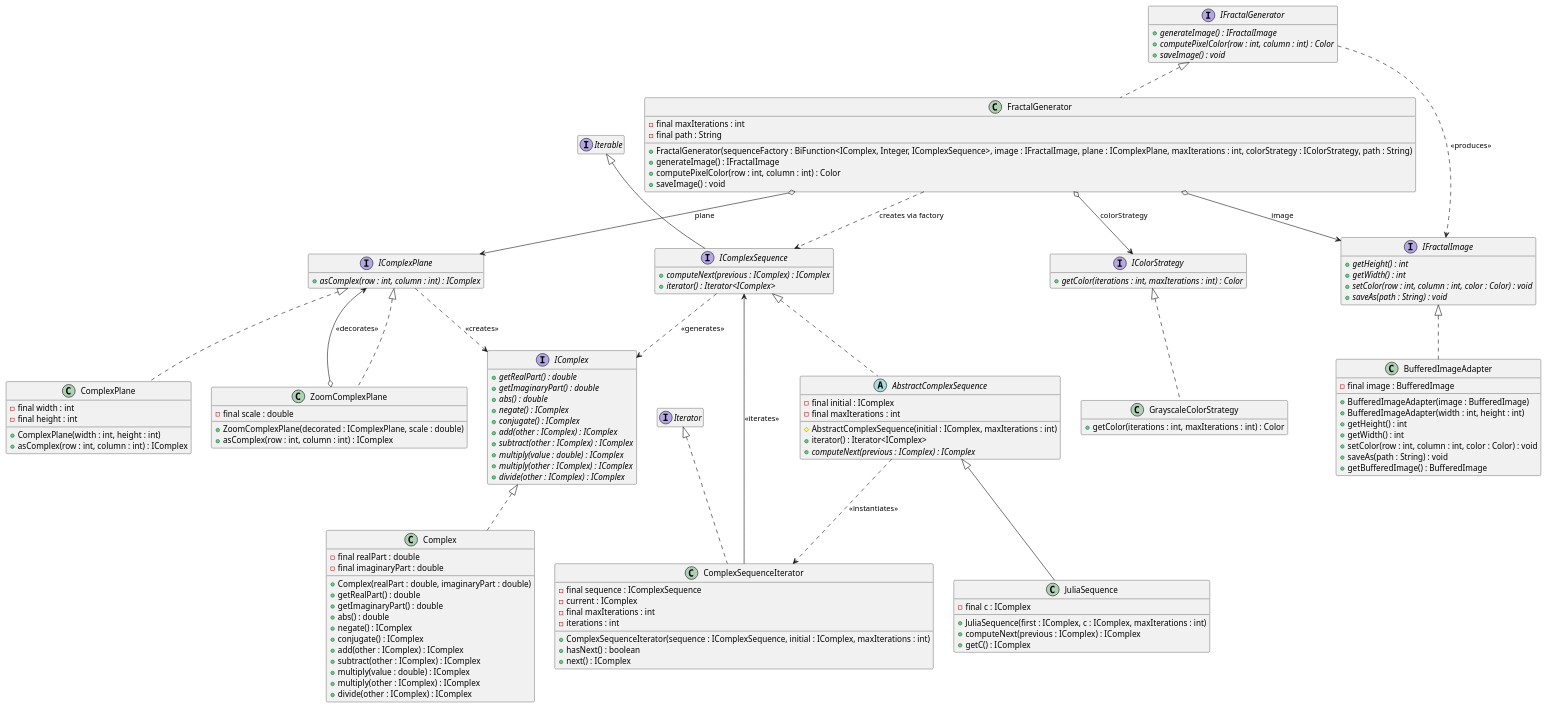
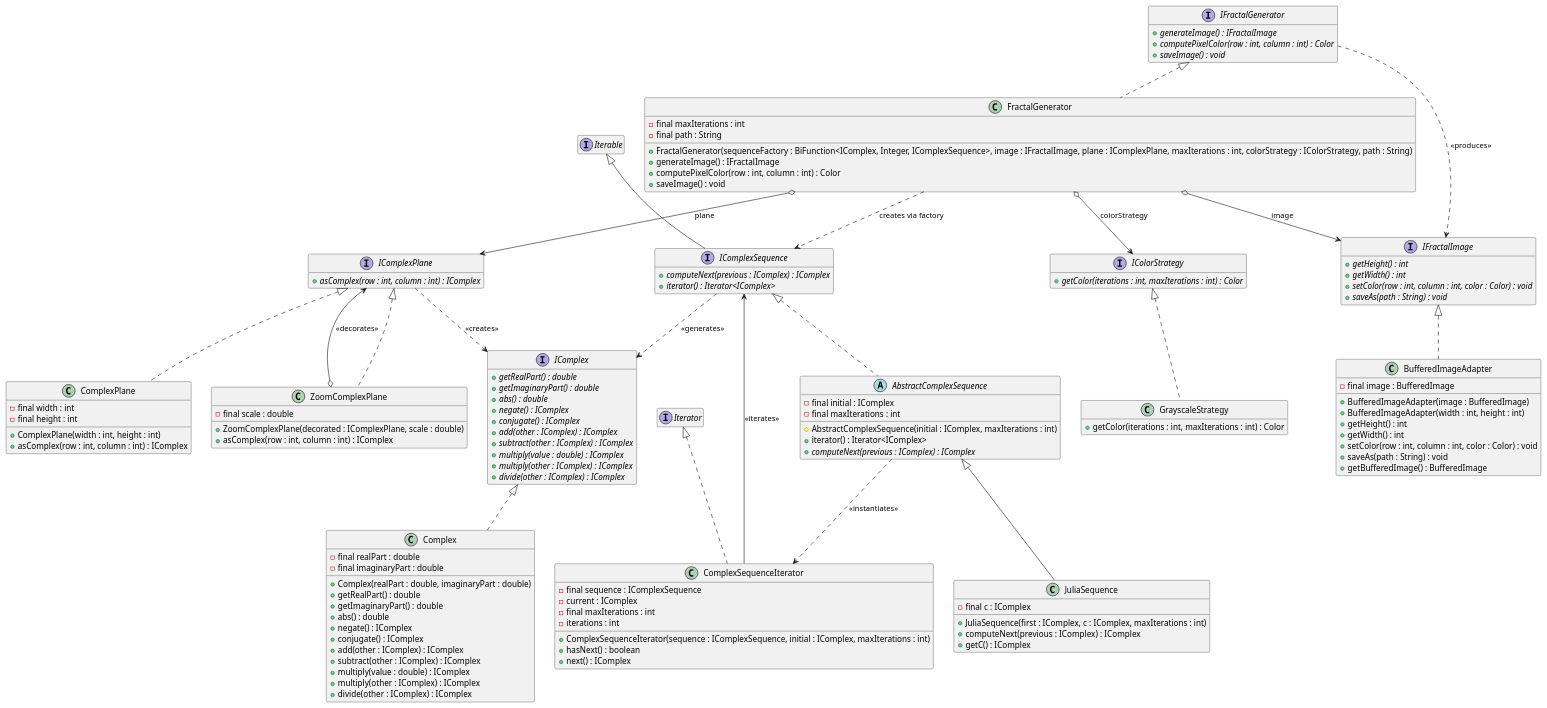
The diagram in README.md (ThibautVermersch/Fractalens), drawn with PlantUML before and after one commit.

Commit message:
Ajout de classe dans le diagramme de class

```diff
--- a/README.md
+++ b/README.md
@@ -112,7 +112,7 @@
     + {abstract} getColor(iterations : int, maxIterations : int) : Color
 }
 
-class GrayscaleColorStrategy implements IColorStrategy {
+class GrayscaleStrategy implements IColorStrategy {
     + getColor(iterations : int, maxIterations : int) : Color
 }
 
```
